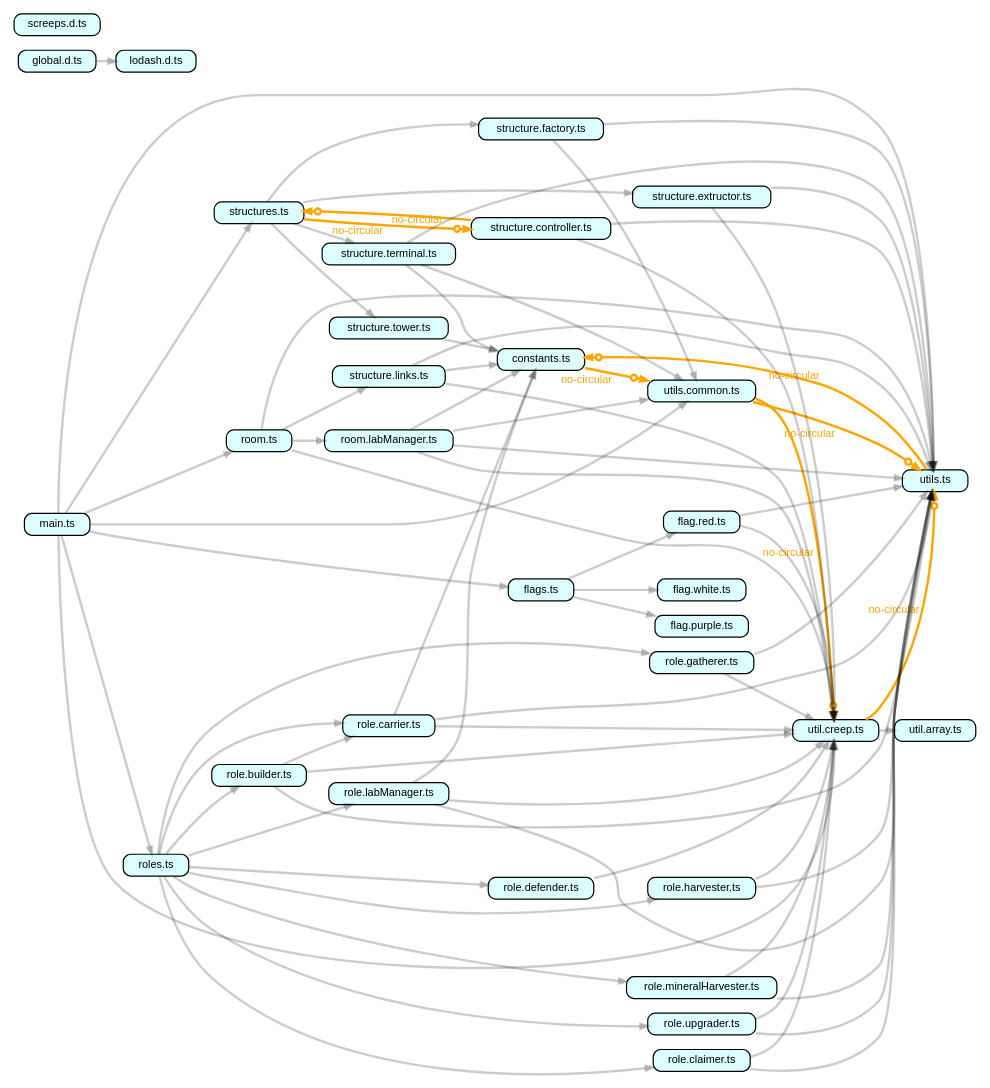
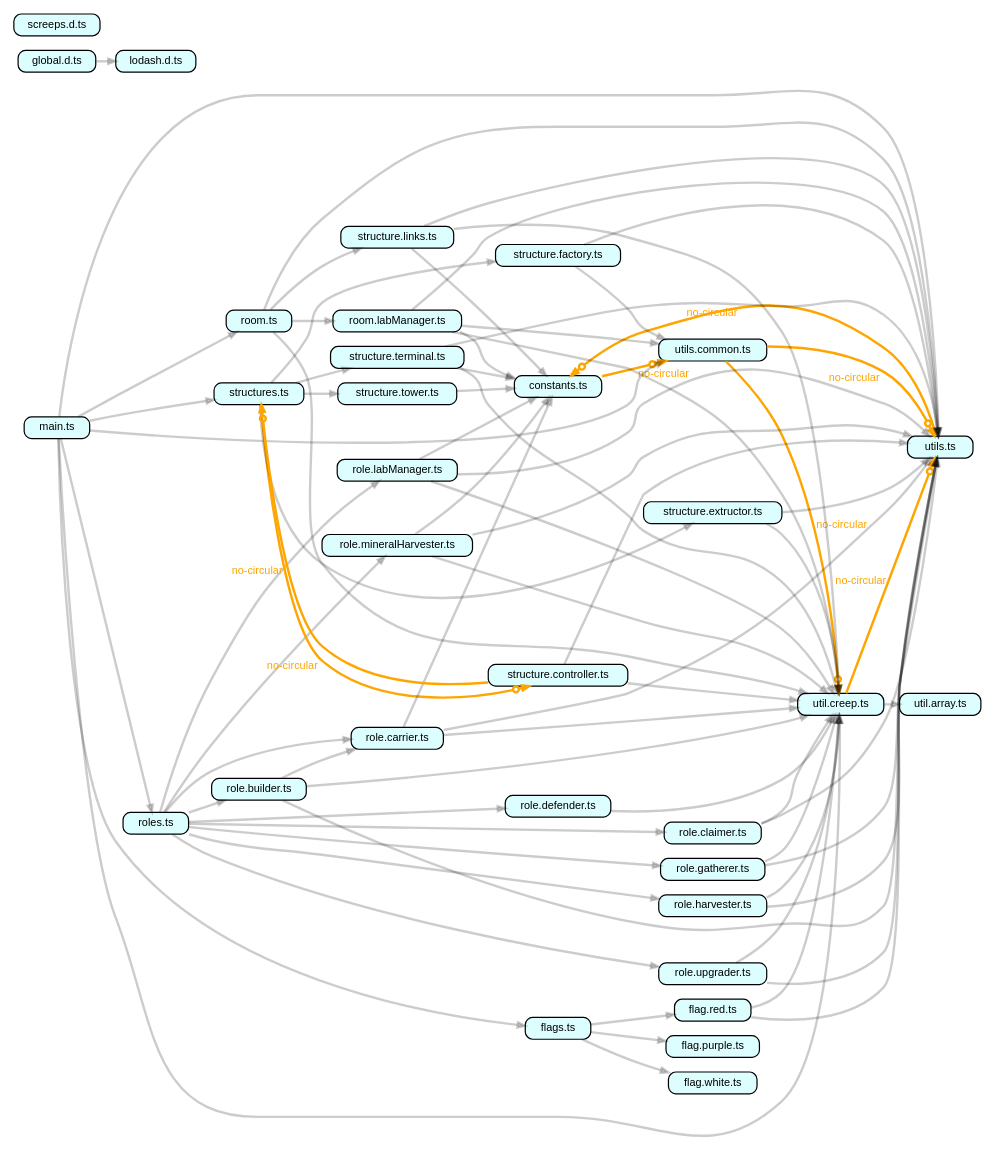
Before and after one commit to nekane1117/screeps: the diagram in main.dot, drawn with Graphviz. The commit also changed 7 other files, not shown here.

```diff
--- a/main.dot
+++ b/main.dot
@@ -1,113 +1,114 @@
 strict digraph "dependency-cruiser output"{
     rankdir="LR" splines="true" overlap="false" nodesep="0.16" ranksep="0.18" fontname="Helvetica-bold" fontsize="9" style="rounded,bold,filled" fillcolor="#ffffff" compound="true"
     node [shape="box" style="rounded, filled" height="0.2" color="black" fillcolor="#ffffcc" fontcolor="black" fontname="Helvetica" fontsize="9"]
     edge [arrowhead="normal" arrowsize="0.6" penwidth="2.0" color="#00000033" fontname="Helvetica" fontsize="9"]
 
     "constants.ts" [label=<constants.ts> tooltip="constants.ts" URL="constants.ts" fillcolor="#ddfeff"]
     "constants.ts" -> "utils.common.ts" [xlabel="no-circular" tooltip="no-circular" arrowhead="normalnoneodot" fontcolor="orange" color="orange"]
     "flag.purple.ts" [label=<flag.purple.ts> tooltip="flag.purple.ts" URL="flag.purple.ts" fillcolor="#ddfeff"]
     "flag.red.ts" [label=<flag.red.ts> tooltip="flag.red.ts" URL="flag.red.ts" fillcolor="#ddfeff"]
     "flag.red.ts" -> "util.creep.ts"
     "flag.red.ts" -> "utils.ts"
     "flag.white.ts" [label=<flag.white.ts> tooltip="flag.white.ts" URL="flag.white.ts" fillcolor="#ddfeff"]
     "flags.ts" [label=<flags.ts> tooltip="flags.ts" URL="flags.ts" fillcolor="#ddfeff"]
     "flags.ts" -> "flag.purple.ts"
     "flags.ts" -> "flag.red.ts"
     "flags.ts" -> "flag.white.ts"
     "global.d.ts" [label=<global.d.ts> tooltip="global.d.ts" URL="global.d.ts" fillcolor="#ddfeff"]
     "global.d.ts" -> "lodash.d.ts"
     "lodash.d.ts" [label=<lodash.d.ts> tooltip="lodash.d.ts" URL="lodash.d.ts" fillcolor="#ddfeff"]
     "main.ts" [label=<main.ts> tooltip="main.ts" URL="main.ts" fillcolor="#ddfeff"]
     "main.ts" -> "flags.ts"
     "main.ts" -> "roles.ts"
     "main.ts" -> "room.ts"
     "main.ts" -> "structures.ts"
     "main.ts" -> "util.creep.ts"
     "main.ts" -> "utils.ts"
     "main.ts" -> "utils.common.ts"
     "role.builder.ts" [label=<role.builder.ts> tooltip="role.builder.ts" URL="role.builder.ts" fillcolor="#ddfeff"]
     "role.builder.ts" -> "role.carrier.ts"
     "role.builder.ts" -> "util.creep.ts"
     "role.builder.ts" -> "utils.ts"
     "role.carrier.ts" [label=<role.carrier.ts> tooltip="role.carrier.ts" URL="role.carrier.ts" fillcolor="#ddfeff"]
     "role.carrier.ts" -> "constants.ts"
     "role.carrier.ts" -> "util.creep.ts"
     "role.carrier.ts" -> "utils.ts"
     "role.claimer.ts" [label=<role.claimer.ts> tooltip="role.claimer.ts" URL="role.claimer.ts" fillcolor="#ddfeff"]
     "role.claimer.ts" -> "util.creep.ts"
     "role.claimer.ts" -> "utils.ts"
     "role.defender.ts" [label=<role.defender.ts> tooltip="role.defender.ts" URL="role.defender.ts" fillcolor="#ddfeff"]
     "role.defender.ts" -> "util.creep.ts"
     "role.gatherer.ts" [label=<role.gatherer.ts> tooltip="role.gatherer.ts" URL="role.gatherer.ts" fillcolor="#ddfeff"]
     "role.gatherer.ts" -> "util.creep.ts"
     "role.gatherer.ts" -> "utils.ts"
     "role.harvester.ts" [label=<role.harvester.ts> tooltip="role.harvester.ts" URL="role.harvester.ts" fillcolor="#ddfeff"]
     "role.harvester.ts" -> "util.creep.ts"
     "role.harvester.ts" -> "utils.ts"
     "role.labManager.ts" [label=<role.labManager.ts> tooltip="role.labManager.ts" URL="role.labManager.ts" fillcolor="#ddfeff"]
     "role.labManager.ts" -> "constants.ts"
     "role.labManager.ts" -> "util.creep.ts"
     "role.labManager.ts" -> "utils.ts"
     "role.mineralHarvester.ts" [label=<role.mineralHarvester.ts> tooltip="role.mineralHarvester.ts" URL="role.mineralHarvester.ts" fillcolor="#ddfeff"]
+    "role.mineralHarvester.ts" -> "constants.ts"
     "role.mineralHarvester.ts" -> "util.creep.ts"
     "role.mineralHarvester.ts" -> "utils.ts"
     "role.upgrader.ts" [label=<role.upgrader.ts> tooltip="role.upgrader.ts" URL="role.upgrader.ts" fillcolor="#ddfeff"]
     "role.upgrader.ts" -> "util.creep.ts"
     "role.upgrader.ts" -> "utils.ts"
     "roles.ts" [label=<roles.ts> tooltip="roles.ts" URL="roles.ts" fillcolor="#ddfeff"]
     "roles.ts" -> "role.builder.ts"
     "roles.ts" -> "role.carrier.ts"
     "roles.ts" -> "role.claimer.ts"
     "roles.ts" -> "role.defender.ts"
     "roles.ts" -> "role.gatherer.ts"
     "roles.ts" -> "role.harvester.ts"
     "roles.ts" -> "role.labManager.ts"
     "roles.ts" -> "role.mineralHarvester.ts"
     "roles.ts" -> "role.upgrader.ts"
     "room.labManager.ts" [label=<room.labManager.ts> tooltip="room.labManager.ts" URL="room.labManager.ts" fillcolor="#ddfeff"]
     "room.labManager.ts" -> "constants.ts"
     "room.labManager.ts" -> "util.creep.ts"
     "room.labManager.ts" -> "utils.ts"
     "room.labManager.ts" -> "utils.common.ts"
     "room.ts" [label=<room.ts> tooltip="room.ts" URL="room.ts" fillcolor="#ddfeff"]
     "room.ts" -> "room.labManager.ts"
     "room.ts" -> "structure.links.ts"
     "room.ts" -> "util.creep.ts"
     "room.ts" -> "utils.ts"
     "screeps.d.ts" [label=<screeps.d.ts> tooltip="screeps.d.ts" URL="screeps.d.ts" fillcolor="#ddfeff"]
     "structure.controller.ts" [label=<structure.controller.ts> tooltip="structure.controller.ts" URL="structure.controller.ts" fillcolor="#ddfeff"]
     "structure.controller.ts" -> "structures.ts" [xlabel="no-circular" tooltip="no-circular" arrowhead="normalnoneodot" fontcolor="orange" color="orange"]
     "structure.controller.ts" -> "util.creep.ts"
     "structure.controller.ts" -> "utils.ts"
     "structure.extructor.ts" [label=<structure.extructor.ts> tooltip="structure.extructor.ts" URL="structure.extructor.ts" fillcolor="#ddfeff"]
     "structure.extructor.ts" -> "util.creep.ts"
     "structure.extructor.ts" -> "utils.ts"
     "structure.factory.ts" [label=<structure.factory.ts> tooltip="structure.factory.ts" URL="structure.factory.ts" fillcolor="#ddfeff"]
     "structure.factory.ts" -> "utils.ts"
     "structure.factory.ts" -> "utils.common.ts"
     "structure.links.ts" [label=<structure.links.ts> tooltip="structure.links.ts" URL="structure.links.ts" fillcolor="#ddfeff"]
     "structure.links.ts" -> "constants.ts"
     "structure.links.ts" -> "util.creep.ts"
     "structure.links.ts" -> "utils.ts"
     "structure.terminal.ts" [label=<structure.terminal.ts> tooltip="structure.terminal.ts" URL="structure.terminal.ts" fillcolor="#ddfeff"]
     "structure.terminal.ts" -> "constants.ts"
     "structure.terminal.ts" -> "utils.ts"
-    "structure.terminal.ts" -> "utils.common.ts"
+    "structure.terminal.ts" -> "util.creep.ts"
     "structure.tower.ts" [label=<structure.tower.ts> tooltip="structure.tower.ts" URL="structure.tower.ts" fillcolor="#ddfeff"]
     "structure.tower.ts" -> "constants.ts"
     "structures.ts" [label=<structures.ts> tooltip="structures.ts" URL="structures.ts" fillcolor="#ddfeff"]
     "structures.ts" -> "structure.controller.ts" [xlabel="no-circular" tooltip="no-circular" arrowhead="normalnoneodot" fontcolor="orange" color="orange"]
     "structures.ts" -> "structure.extructor.ts"
     "structures.ts" -> "structure.factory.ts"
     "structures.ts" -> "structure.terminal.ts"
     "structures.ts" -> "structure.tower.ts"
     "util.array.ts" [label=<util.array.ts> tooltip="util.array.ts" URL="util.array.ts" fillcolor="#ddfeff"]
     "util.creep.ts" [label=<util.creep.ts> tooltip="util.creep.ts" URL="util.creep.ts" fillcolor="#ddfeff"]
     "util.creep.ts" -> "util.array.ts"
     "util.creep.ts" -> "utils.ts" [xlabel="no-circular" tooltip="no-circular" arrowhead="normalnoneodot" fontcolor="orange" color="orange"]
     "utils.common.ts" [label=<utils.common.ts> tooltip="utils.common.ts" URL="utils.common.ts" fillcolor="#ddfeff"]
     "utils.common.ts" -> "util.creep.ts" [xlabel="no-circular" tooltip="no-circular" arrowhead="normalnoneodot" fontcolor="orange" color="orange"]
     "utils.common.ts" -> "utils.ts" [xlabel="no-circular" tooltip="no-circular" arrowhead="normalnoneodot" fontcolor="orange" color="orange"]
     "utils.ts" [label=<utils.ts> tooltip="utils.ts" URL="utils.ts" fillcolor="#ddfeff"]
     "utils.ts" -> "constants.ts" [xlabel="no-circular" tooltip="no-circular" arrowhead="normalnoneodot" fontcolor="orange" color="orange"]
 }
```
